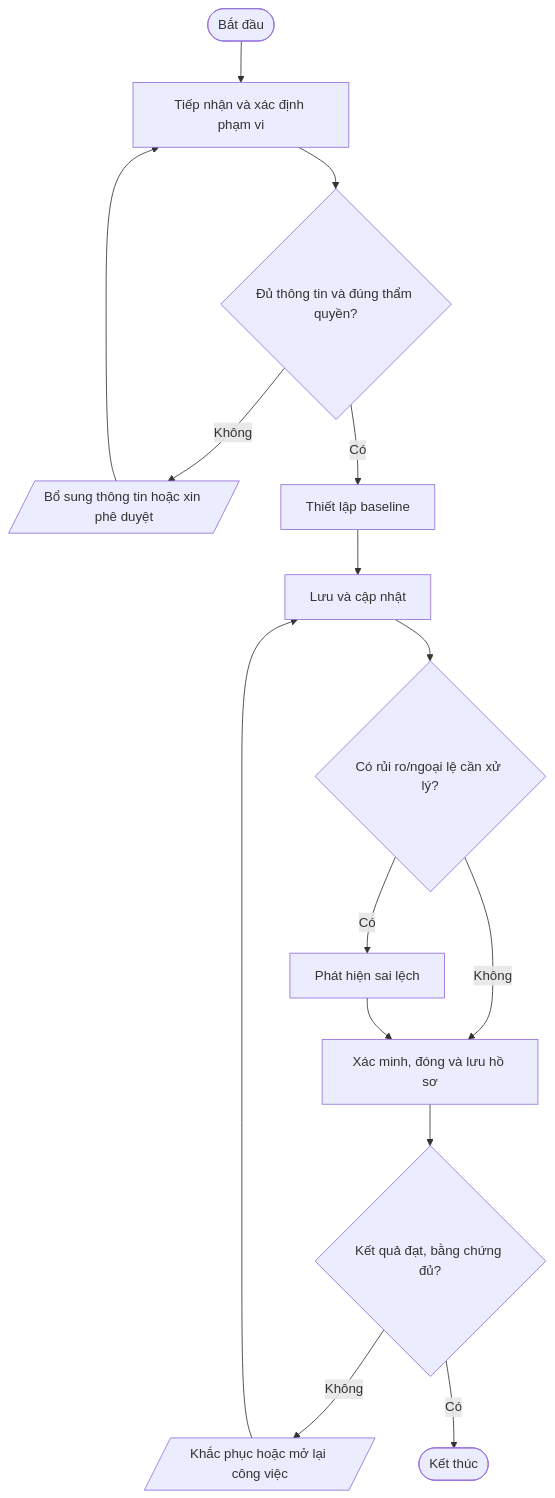
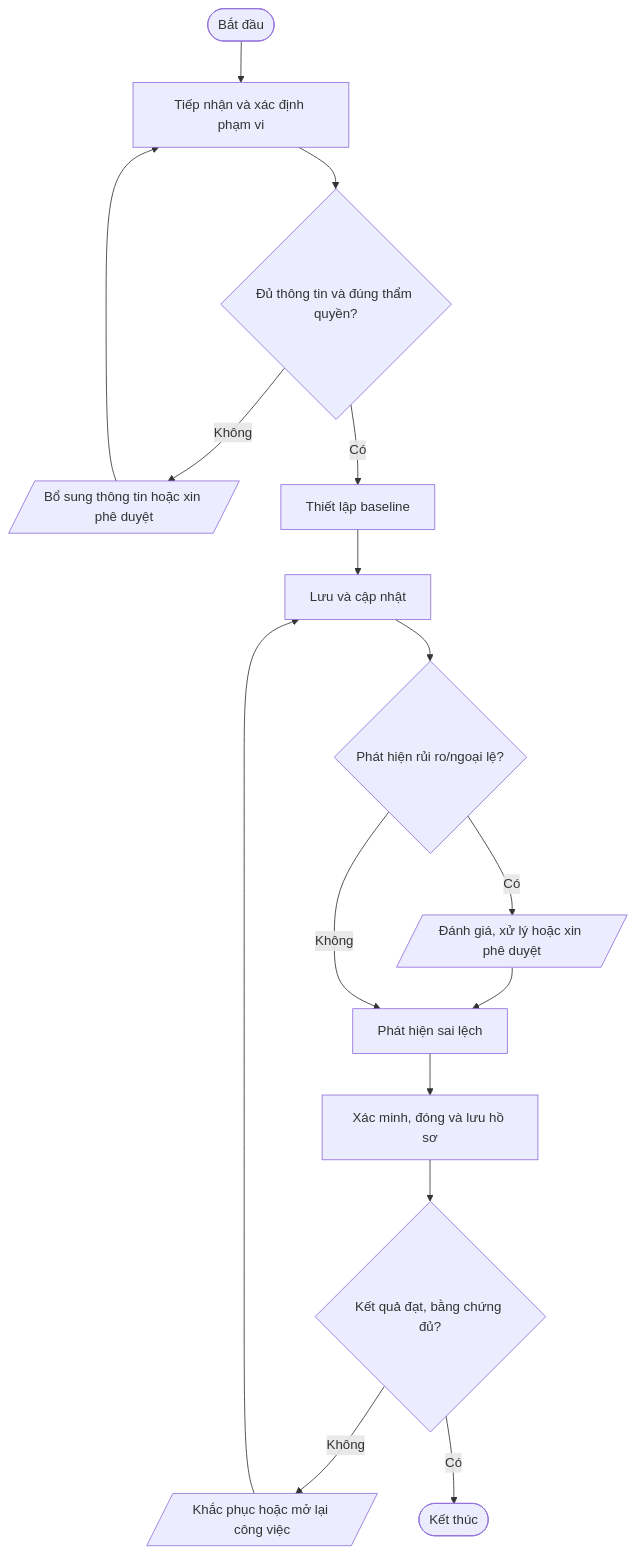
Before and after one commit to daoaigiangnam/Quy_Trinh_Chuan: the seventh of 9 diagrams in quy-trinh/02-Van-hanh-IT/README.md, drawn with Mermaid. The commit also changed other lines of this file, not shown here.

Commit message:
docs: correct procedure flowchart decision paths

````diff
--- a/quy-trinh/02-Van-hanh-IT/README.md
+++ b/quy-trinh/02-Van-hanh-IT/README.md
@@ -583,17 +589,18 @@
 ```mermaid
 flowchart TD
   A([Bắt đầu]) --> S1["Tiếp nhận và xác định phạm vi"]
   S1 --> D1{"Đủ thông tin và đúng thẩm quyền?"}
   D1 -- Không --> F1[/"Bổ sung thông tin hoặc xin phê duyệt"/]
   F1 --> S1
   D1 -- Có --> S2["Thiết lập baseline"]
   S2 --> S3["Lưu và cập nhật"]
-  S3 --> D2{"Có rủi ro/ngoại lệ cần xử lý?"}
-  D2 -- Có --> S4["Phát hiện sai lệch"]
-  D2 -- Không --> S5["Xác minh, đóng và lưu hồ sơ"]
-  S4 --> S5
+  S3 --> D2{"Phát hiện rủi ro/ngoại lệ?"}
+  D2 -- Có --> RISK[/"Đánh giá, xử lý hoặc xin phê duyệt"/]
+  RISK --> S4["Phát hiện sai lệch"]
+  D2 -- Không --> S4
+  S4 --> S5["Xác minh, đóng và lưu hồ sơ"]
   S5 --> D3{"Kết quả đạt, bằng chứng đủ?"}
   D3 -- Không --> R[/"Khắc phục hoặc mở lại công việc"/]
   R --> S3
   D3 -- Có --> Z([Kết thúc])
 ```
````
